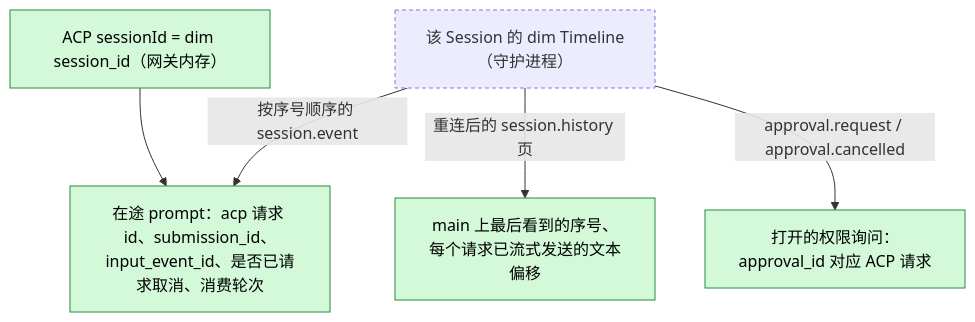
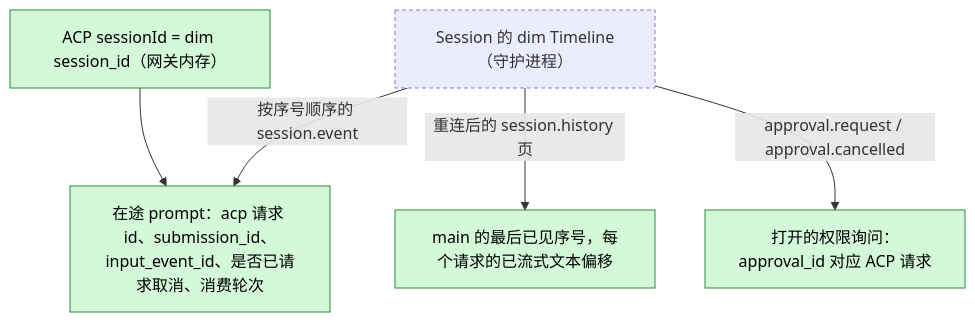
The second of 5 diagrams in docs/zh/design/plugins/AcpGateway.md (CoutinhoTTS/dim-agent), drawn with Mermaid before and after one commit. The commit also changed other lines of this file and 18 other files, not shown here.

````diff
--- a/docs/zh/design/plugins/AcpGateway.md
+++ b/docs/zh/design/plugins/AcpGateway.md
@@ -42,14 +44,14 @@
 ```mermaid
 flowchart TB
   classDef new fill:#d3f9d8,stroke:#2b8a3e,color:#000
   classDef contract stroke-dasharray:4 3
   Map["ACP sessionId = dim session_id（网关内存）"]:::new
   Prompt["在途 prompt：acp 请求 id、submission_id、input_event_id、是否已请求取消、消费轮次"]:::new
   Perm["打开的权限询问：approval_id 对应 ACP 请求"]:::new
-  Cursor["main 上最后看到的序号、每个请求已流式发送的文本偏移"]:::new
-  TL["该 Session 的 dim Timeline（守护进程）"]:::contract
+  Cursor["main 的最后已见序号，每个请求的已流式文本偏移"]:::new
+  TL["Session 的 dim Timeline（守护进程）"]:::contract
   TL -->|"按序号顺序的 session.event"| Prompt
   TL -->|"重连后的 session.history 页"| Cursor
   TL -->|"approval.request / approval.cancelled"| Perm
   Map --> Prompt
 ```
````
